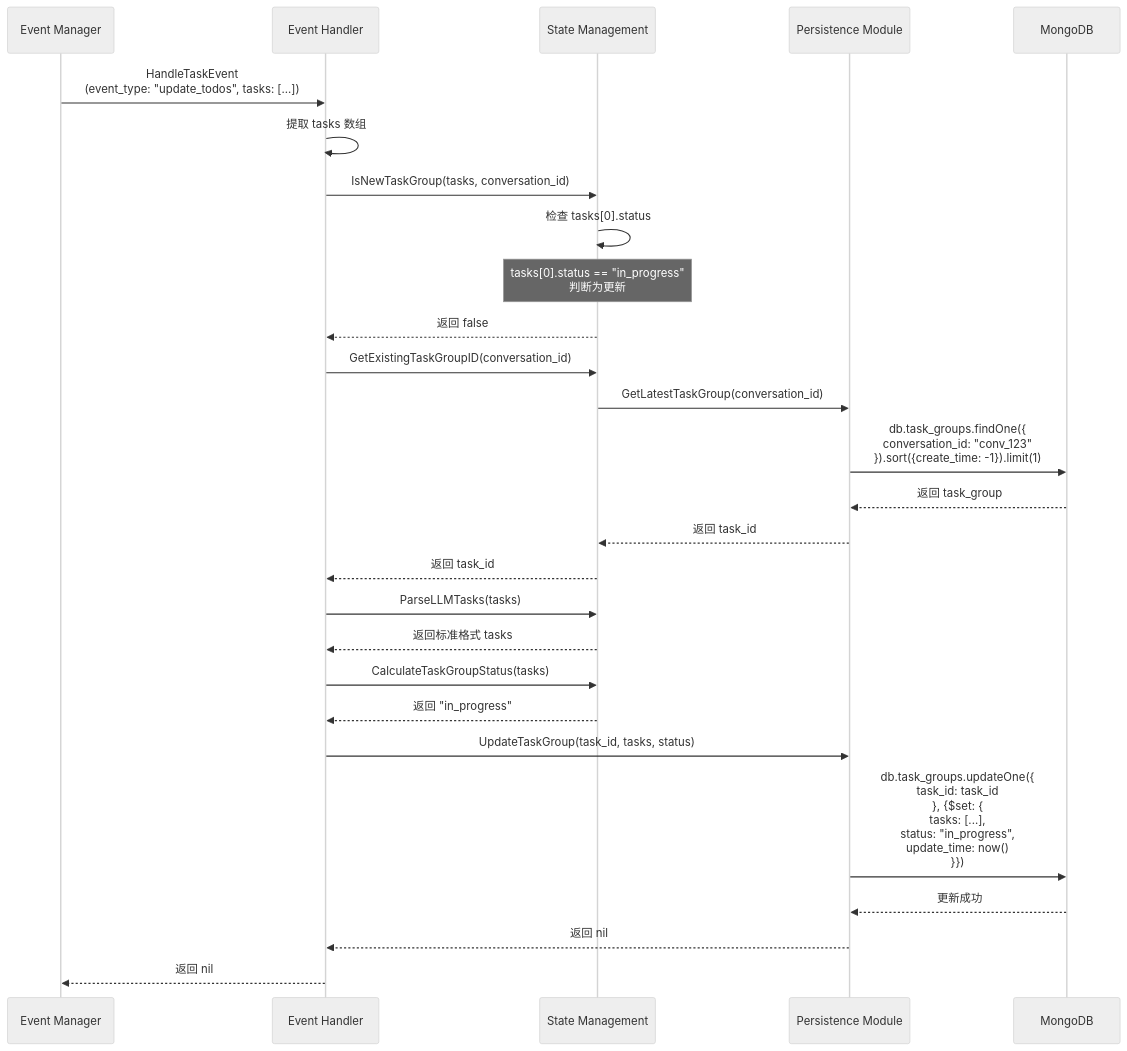
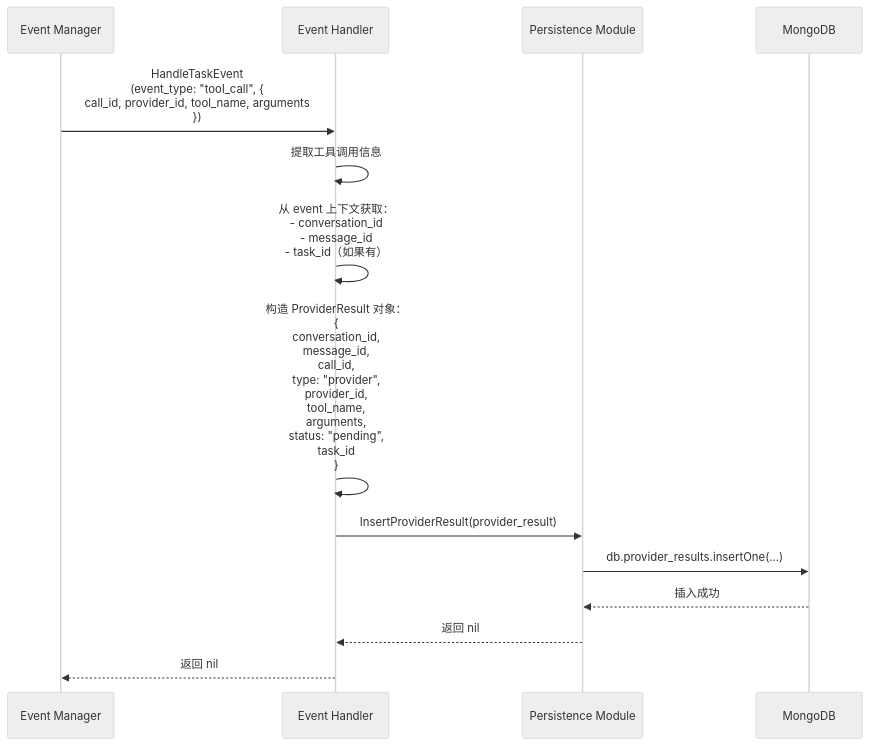
The diagram in all/未命名-10.md (yingjianzh/iodraw-files), drawn with Mermaid (neutral theme) before and after one commit.

Commit message:
2025-12-25 11:20:26 update

````diff
--- a/all/未命名-10.md
+++ b/all/未命名-10.md
@@ -1,38 +1,22 @@
 ```mermaid
 sequenceDiagram
     participant EM as Event Manager
     participant EH as Event Handler
-    participant SM as State Management
     participant Persist as Persistence Module
     participant DB as MongoDB
 
-    EM->>EH: HandleTaskEvent<br/>(event_type: "update_todos", tasks: [...])
+    EM->>EH: HandleTaskEvent<br/>(event_type: "tool_call", {<br/>  call_id, provider_id, tool_name, arguments<br/>})
     
-    EH->>EH: 提取 tasks 数组
+    EH->>EH: 提取工具调用信息
     
-    EH->>SM: IsNewTaskGroup(tasks, conversation_id)
+    EH->>EH: 从 event 上下文获取：<br/>- conversation_id<br/>- message_id<br/>- task_id（如果有）
     
-    SM->>SM: 检查 tasks[0].status
-    Note over SM: tasks[0].status == "in_progress"<br/>判断为更新
-    SM-->>EH: 返回 false
+    EH->>EH: 构造 ProviderResult 对象：<br/>{<br/>  conversation_id,<br/>  message_id,<br/>  call_id,<br/>  type: "provider",<br/>  provider_id,<br/>  tool_name,<br/>  arguments,<br/>  status: "pending",<br/>  task_id<br/>}
     
-    EH->>SM: GetExistingTaskGroupID(conversation_id)
-    SM->>Persist: GetLatestTaskGroup(conversation_id)
-    Persist->>DB: db.task_groups.findOne({<br/>  conversation_id: "conv_123"<br/>}).sort({create_time: -1}).limit(1)
-    DB-->>Persist: 返回 task_group
-    Persist-->>SM: 返回 task_id
-    SM-->>EH: 返回 task_id
-    
-    EH->>SM: ParseLLMTasks(tasks)
-    SM-->>EH: 返回标准格式 tasks
-    
-    EH->>SM: CalculateTaskGroupStatus(tasks)
-    SM-->>EH: 返回 "in_progress"
-    
-    EH->>Persist: UpdateTaskGroup(task_id, tasks, status)
-    Persist->>DB: db.task_groups.updateOne({<br/>  task_id: task_id<br/>}, {$set: {<br/>  tasks: [...],<br/>  status: "in_progress",<br/>  update_time: now()<br/>}})
-    DB-->>Persist: 更新成功
+    EH->>Persist: InsertProviderResult(provider_result)
+    Persist->>DB: db.provider_results.insertOne(...)
+    DB-->>Persist: 插入成功
     
     Persist-->>EH: 返回 nil
     EH-->>EM: 返回 nil
 ```
````
